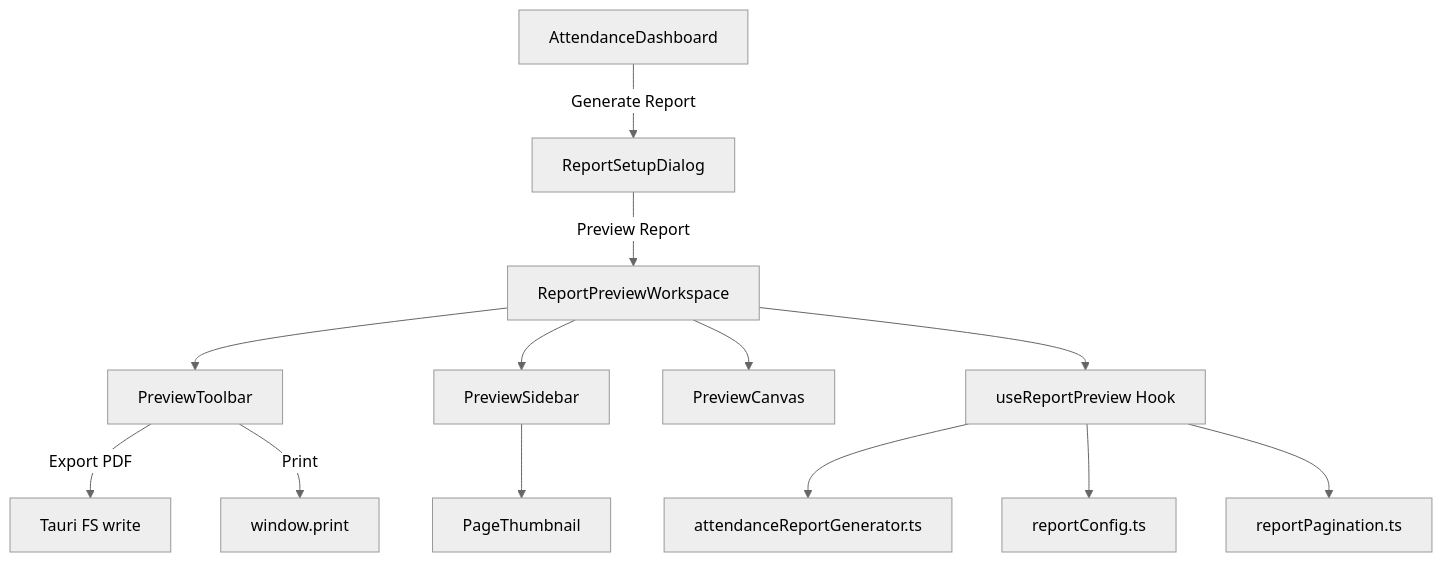
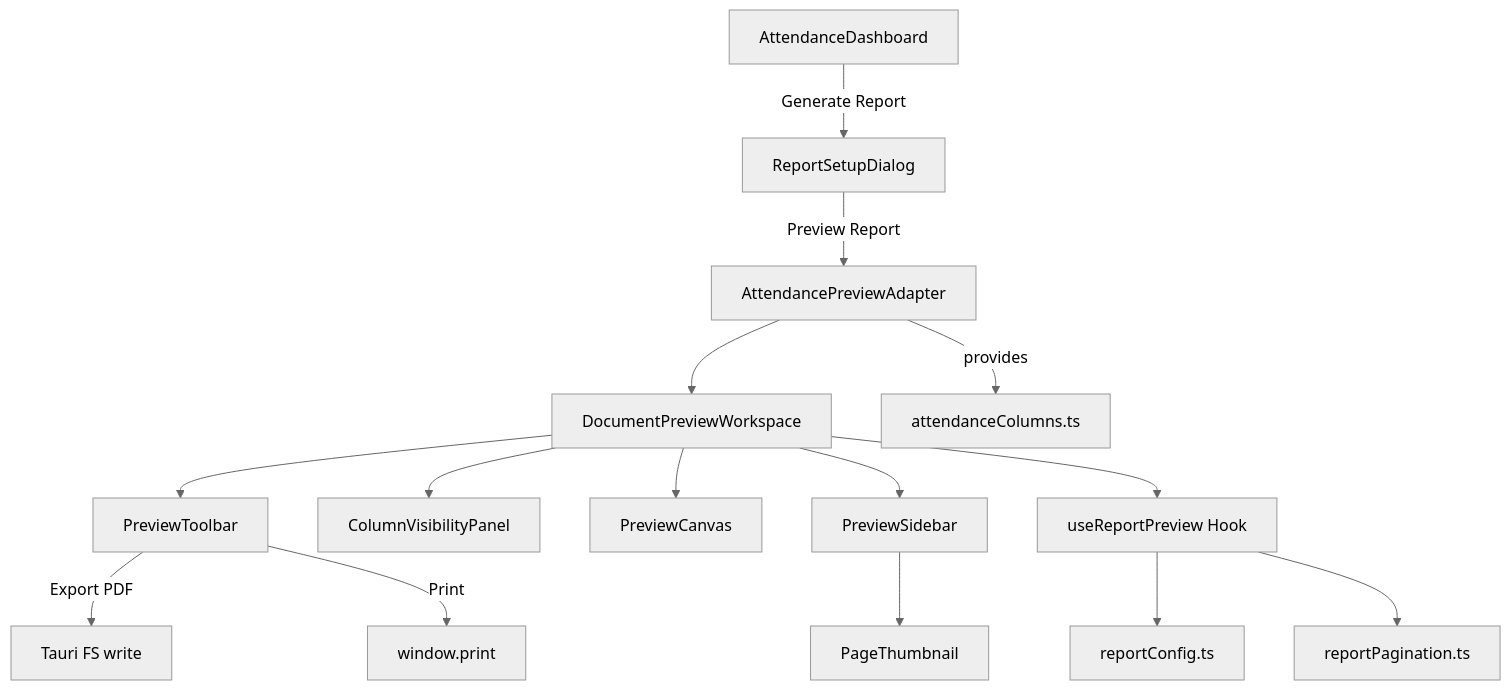
Before and after one commit to flor-dev25/opac-lib: the diagram in docs/M012-S05-REPORT-PREVIEW.md, drawn with Mermaid (neutral theme). The commit also changed other lines of this file and 23 other files, not shown here.

Commit message:
feat(reports): implement reusable high-parity PDF preview system for Attendance, Catalog, and Accounts

````diff
--- a/docs/M012-S05-REPORT-PREVIEW.md
+++ b/docs/M012-S05-REPORT-PREVIEW.md
@@ -76,15 +89,17 @@
 ```mermaid
 graph TD
     A[AttendanceDashboard] -->|"Generate Report"| B[ReportSetupDialog]
-    B -->|"Preview Report"| C[ReportPreviewWorkspace]
-    C --> D[PreviewToolbar]
-    C --> E[PreviewSidebar]
-    C --> F[PreviewCanvas]
-    E --> G[PageThumbnail]
-    C --> H[useReportPreview Hook]
-    H --> I[attendanceReportGenerator.ts]
-    H --> J[reportConfig.ts]
-    H --> K[reportPagination.ts]
-    D -->|"Export PDF"| L[Tauri FS write]
-    D -->|"Print"| M[window.print]
+    B -->|"Preview Report"| C[AttendancePreviewAdapter]
+    C --> D[DocumentPreviewWorkspace]
+    D --> E[PreviewToolbar]
+    D --> F[ColumnVisibilityPanel]
+    D --> G[PreviewCanvas]
+    D --> H[PreviewSidebar]
+    H --> I[PageThumbnail]
+    D --> J[useReportPreview Hook]
+    J --> K[reportConfig.ts]
+    J --> L[reportPagination.ts]
+    E -->|"Export PDF"| M[Tauri FS write]
+    E -->|"Print"| N[window.print]
+    C -->|"provides"| O[attendanceColumns.ts]
 ```
````
